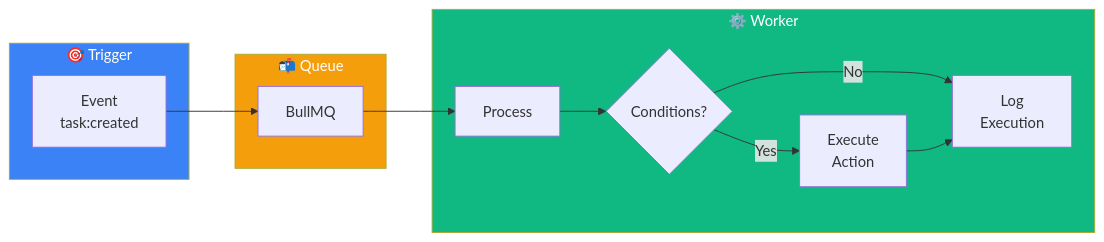
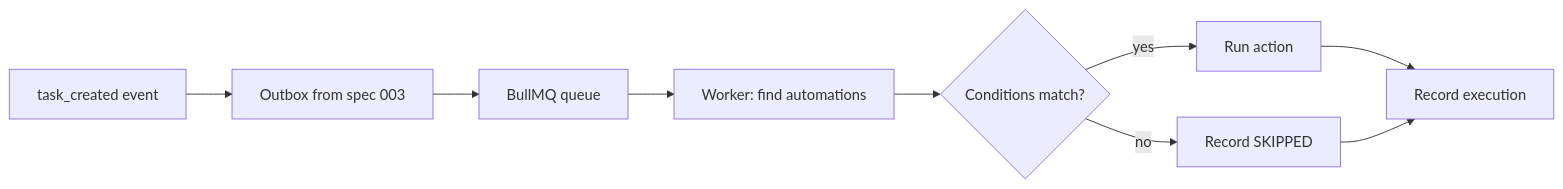
Before and after one commit to felipefontoura/spec-driven-development-book: the tenth of 15 diagrams in BOOK.en.md, drawn with Mermaid. The commit also changed other lines of this file and 4 other files, not shown here.

````diff
--- a/BOOK.en.md
+++ b/BOOK.en.md
@@ -1926,28 +2369,16 @@
 ```mermaid
 flowchart LR
-    subgraph TRIGGER["🎯 Trigger"]
-        EVT[Event<br/>task:created]
-    end
+    EVT[task_created event] --> OB[Outbox from spec 003]
+    OB --> BQ[BullMQ queue]
+    BQ --> PROC[Worker: find automations]
+    PROC --> COND{Conditions match?}
+    COND -->|yes| EXEC[Run action]
+    COND -->|no| SKIP[Record SKIPPED]
+    EXEC --> LOG[Record execution]
+    SKIP --> LOG
 
-    subgraph QUEUE["📬 Queue"]
-        BQ[BullMQ]
-    end
-
-    subgraph WORKER["⚙️ Worker"]
-        PROC[Process]
-        COND{Conditions?}
-        EXEC[Execute<br/>Action]
-        LOG[Log<br/>Execution]
-    end
-
-    EVT --> BQ
-    BQ --> PROC
-    PROC --> COND
-    COND -->|Yes| EXEC
-    COND -->|No| LOG
-    EXEC --> LOG
-
-    style TRIGGER fill:#3b82f6,color:#fff
-    style QUEUE fill:#f59e0b,color:#fff
-    style WORKER fill:#10b981,color:#fff
+    class EVT neutral;
+    class BQ soft;
+    class EXEC,LOG accent;
+    class SKIP muted;
 ```
````
